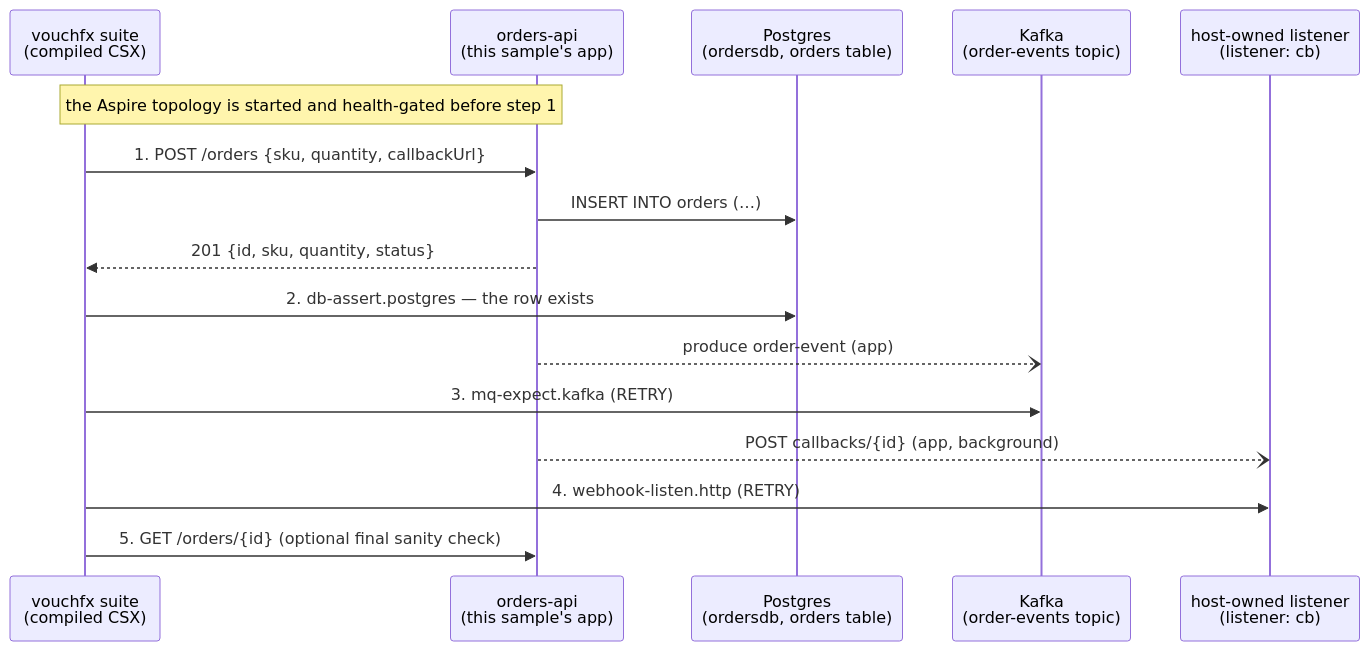
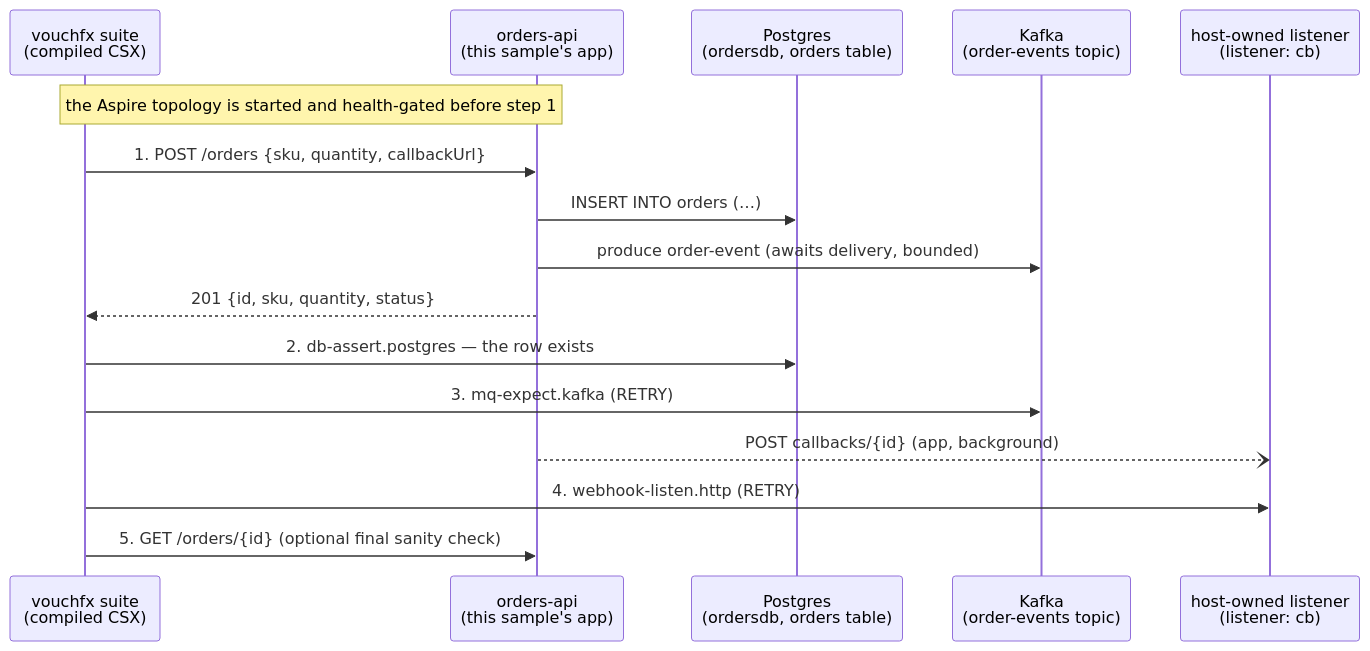
One commit to tomas-rampas/vouchfx-samples changed the diagram in samples/orders-dotnet/README.md. Above: the diagram before and after it, drawn with Mermaid.

Commit message:
docs: adjudicate Copilot review — the orders produce precedes the 201
The app publishes the order-event and awaits bounded delivery before
responding (README §the app; orders.e2e.yaml step-3 note) — the sequence
now shows INSERT → produce → 201, re-rendered and visually verified.

````diff
--- a/samples/orders-dotnet/README.md
+++ b/samples/orders-dotnet/README.md
@@ -27,18 +27,18 @@
 ```mermaid
 sequenceDiagram
     participant Suite as vouchfx suite<br/>(compiled CSX)
     participant API as orders-api<br/>(this sample's app)
     participant DB as Postgres<br/>(ordersdb, orders table)
     participant MQ as Kafka<br/>(order-events topic)
     participant WH as host-owned listener<br/>(listener: cb)
     Note over Suite,API: the Aspire topology is started and health-gated before step 1
     Suite->>API: 1. POST /orders {sku, quantity, callbackUrl}
     API->>DB: INSERT INTO orders (…)
+    API->>MQ: produce order-event (awaits delivery, bounded)
     API-->>Suite: 201 {id, sku, quantity, status}
     Suite->>DB: 2. db-assert.postgres — the row exists
-    API--)MQ: produce order-event (app)
     Suite->>MQ: 3. mq-expect.kafka (RETRY)
     API--)WH: POST callbacks/{id} (app, background)
     Suite->>WH: 4. webhook-listen.http (RETRY)
     Suite->>API: 5. GET /orders/{id} (optional final sanity check)
 ```
````
